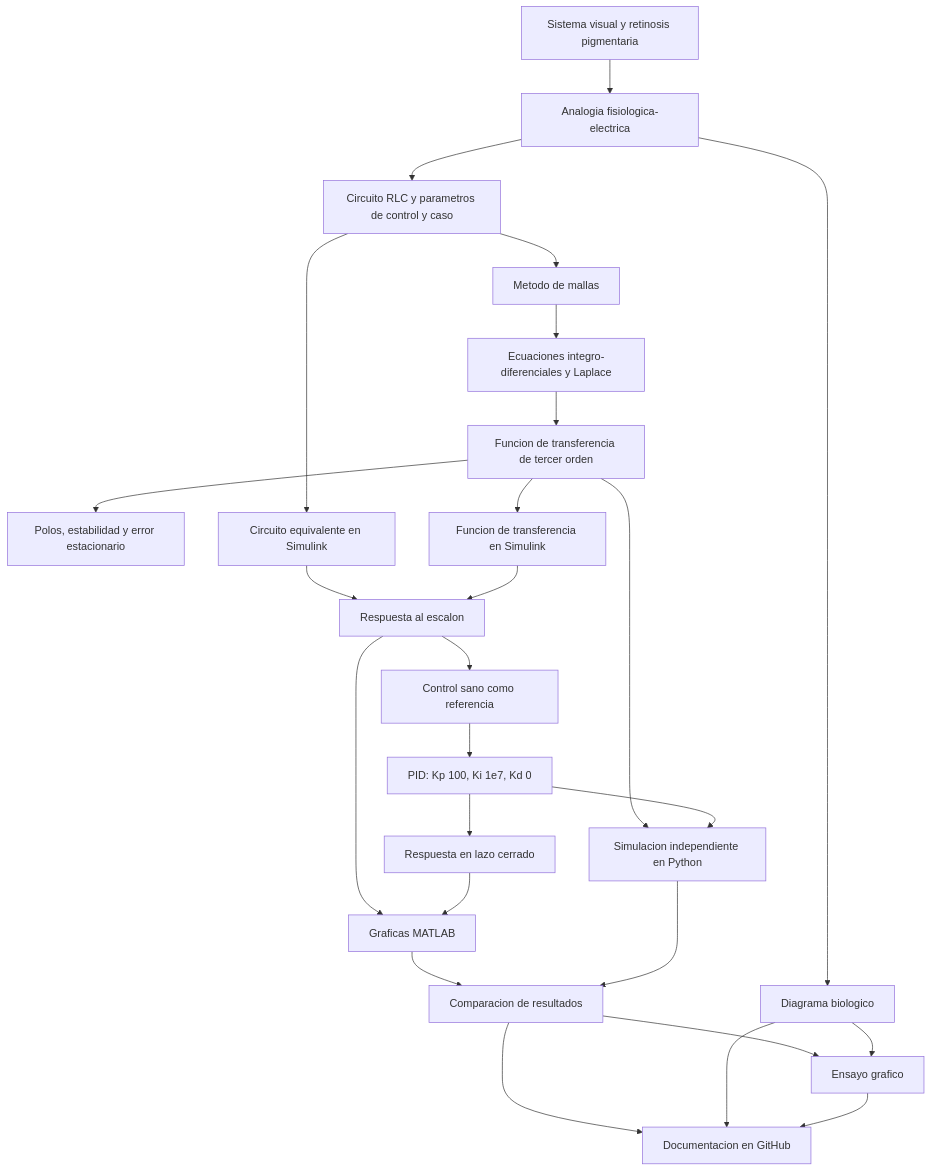
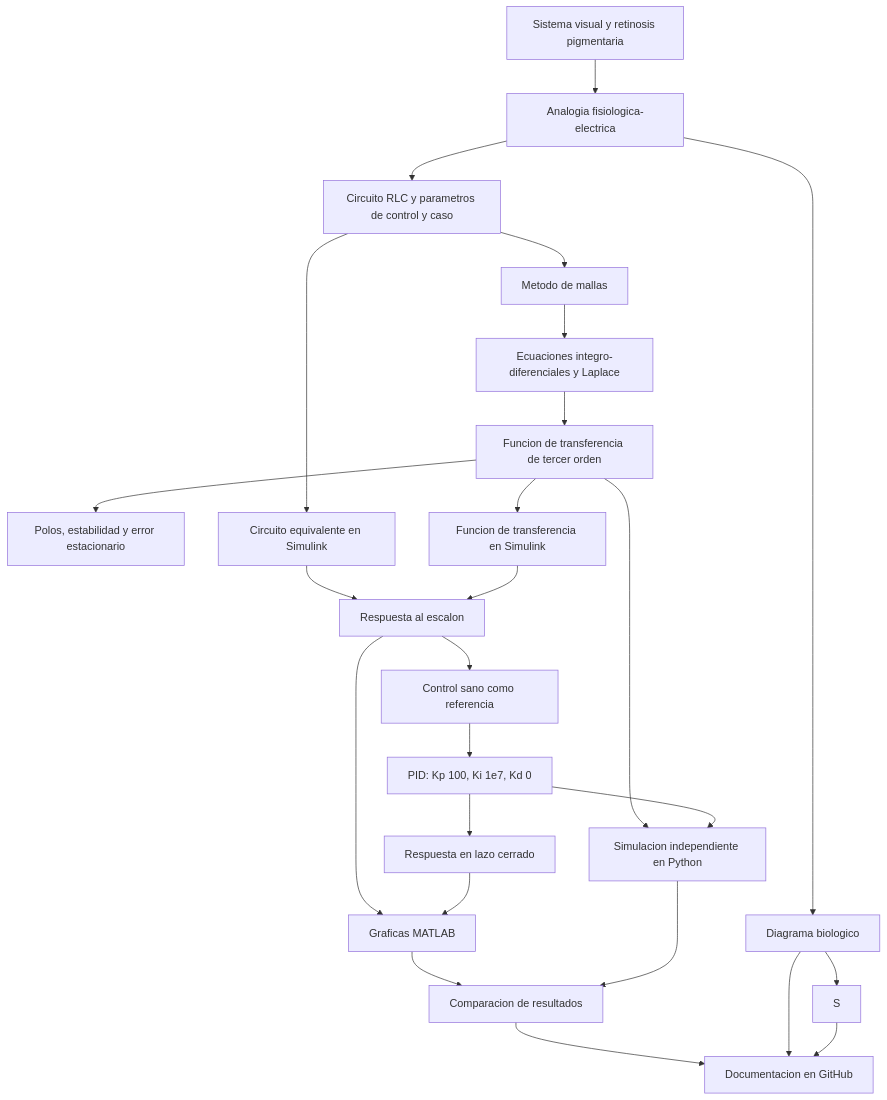
The second of 2 diagrams in README.md (KevinDarioITT/MSF-ProyectoFinal), drawn with Mermaid before and after one commit. The commit also changed other lines of this file, not shown here.

````diff
--- a/README.md
+++ b/README.md
@@ -646,28 +645,27 @@
 ```mermaid
 flowchart TD
     A[Sistema visual y retinosis pigmentaria] --> B[Analogia fisiologica-electrica]
     B --> C[Circuito RLC y parametros de control y caso]
     C --> D[Metodo de mallas]
     D --> E[Ecuaciones integro-diferenciales y Laplace]
     E --> F[Funcion de transferencia de tercer orden]
     F --> G[Polos, estabilidad y error estacionario]
     C --> H[Circuito equivalente en Simulink]
     F --> I[Funcion de transferencia en Simulink]
     H --> J[Respuesta al escalon]
     I --> J
     J --> K[Control sano como referencia]
     K --> L[PID: Kp 100, Ki 1e7, Kd 0]
     L --> M[Respuesta en lazo cerrado]
     J --> N[Graficas MATLAB]
     M --> N
     F --> O[Simulacion independiente en Python]
     L --> O
     N --> P[Comparacion de resultados]
     O --> P
     B --> Q[Diagrama biologico]
     P --> R[Documentacion en GitHub]
     Q --> R
-    P --> S[Ensayo grafico]
     Q --> S
     S --> R
 ```
````
